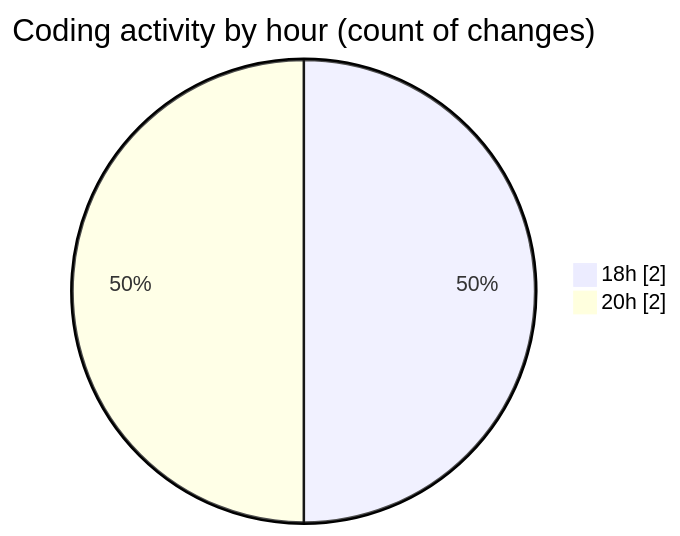
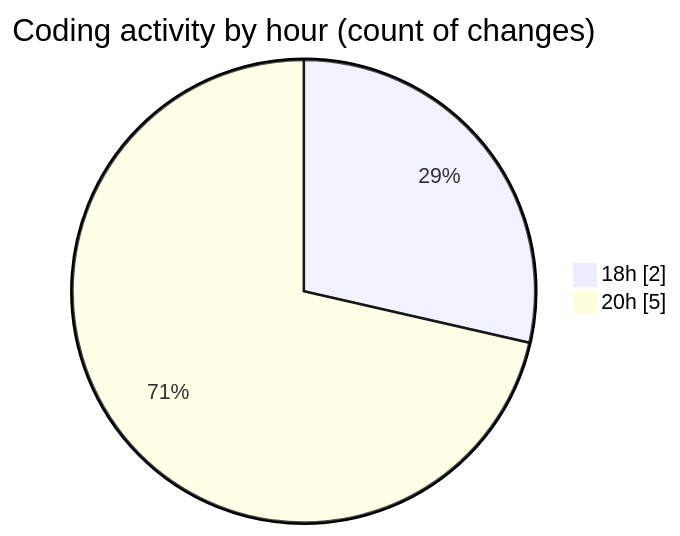
One commit to robertbonfada/code-tracking changed the second of 2 diagrams in 2025-02-26/area-formacao-web/README.md. Above: the diagram before and after it, drawn with Mermaid. The commit also changed other lines of this file and 1 other file, not shown here.

````diff
--- a/2025-02-26/area-formacao-web/README.md
+++ b/2025-02-26/area-formacao-web/README.md
@@ -30,6 +32,6 @@
 ```mermaid
 pie showData
 title Coding activity by hour (count of changes)
 "18h" : 2
-"20h" : 2
+"20h" : 5
 ```
````
